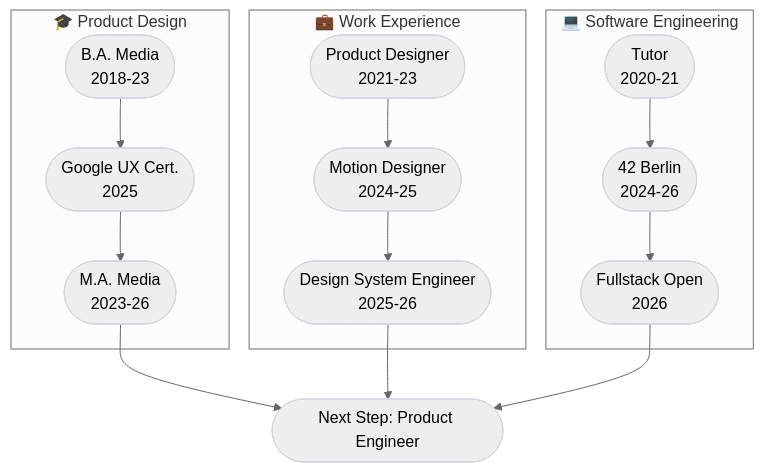
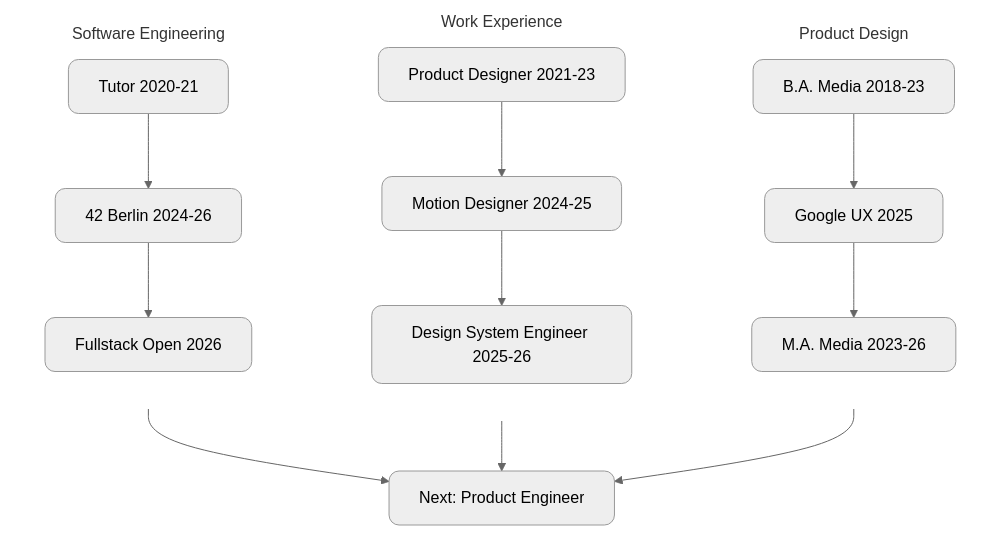
Before and after one commit to Kopfdreher/Kopfdreher: the diagram in README.md, drawn with Mermaid (neutral theme). The commit also changed other lines of this file, not shown here.

Commit message:
simplify

````diff
--- a/README.md
+++ b/README.md
@@ -31,21 +31,27 @@
 ```mermaid
 graph TD
-    classDef node stroke:#d1d5db,stroke-width:1px;
+    classDef card rx:10,ry:10
 
-    subgraph EDU ["🎓 Product Design"]
-        E1([B.A. Media<br/>2018-23]):::node --> E2([Google UX Cert.<br/>2025]):::node --> E3([M.A. Media<br/>2023-26]):::node
+    subgraph EDU [Product Design]
+        direction TB
+        E1[B.A. Media 2018-23] --> E2[Google UX 2025] --> E3[M.A. Media 2023-26]
     end
+    style EDU fill:none,stroke:none
 
-    subgraph JOB ["💼 Work Experience"]
-        J1([Product Designer<br/>2021-23]):::node --> J2([Motion Designer<br/>2024-25]):::node --> J3([Design System Engineer<br/>2025-26]):::node
+    subgraph JOB [Work Experience]
+        direction TB
+        J1[Product Designer 2021-23] --> J2[Motion Designer 2024-25] --> J3[Design System Engineer 2025-26]
     end
+    style JOB fill:none,stroke:none
 
-    subgraph SWE ["💻 Software Engineering"]
-        S1([Tutor<br/>2020-21]):::node --> S2([42 Berlin<br/>2024-26]):::node --> S3([Fullstack Open<br/>2026]):::node
+    subgraph SWE [Software Engineering]
+        direction TB
+        S1[Tutor 2020-21] --> S2[42 Berlin 2024-26] --> S3[Fullstack Open 2026]
     end
+    style SWE fill:none,stroke:none
 
-    E3 --> JOIN([Next Step: Product Engineer])
+    E3 --> JOIN[Next: Product Engineer]
     J3 --> JOIN
     S3 --> JOIN
-
+    class E1,E2,E3,J1,J2,J3,S1,S2,S3,JOIN card
 ```
````
